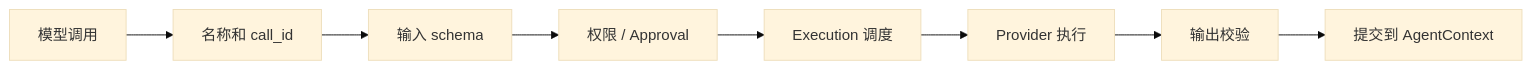
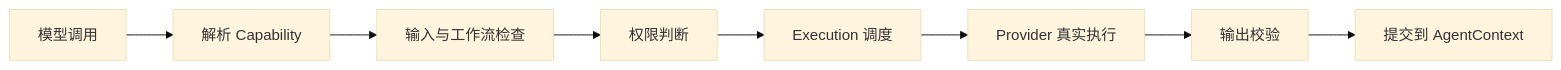
The sixth of 7 diagrams in docs/01-overview-and-pipeline.md (Arthur999459up/GitAgent), drawn with Mermaid (base theme) before and after one commit. The commit also changed other lines of this file and 15 other files, not shown here.

````diff
--- a/docs/01-overview-and-pipeline.md
+++ b/docs/01-overview-and-pipeline.md
@@ -162,10 +140,10 @@
 ```mermaid
 flowchart LR
-    M[模型调用] --> N[名称和 call_id]
-    N --> I[输入 schema]
-    I --> P[权限 / Approval]
+    M[模型调用] --> R[解析 Capability]
+    R --> S[输入与工作流检查]
+    S --> P[权限判断]
     P --> E[Execution 调度]
-    E --> V[Provider 执行]
+    E --> V[Provider 真实执行]
     V --> O[输出校验]
     O --> C[提交到 AgentContext]
 ```
````
